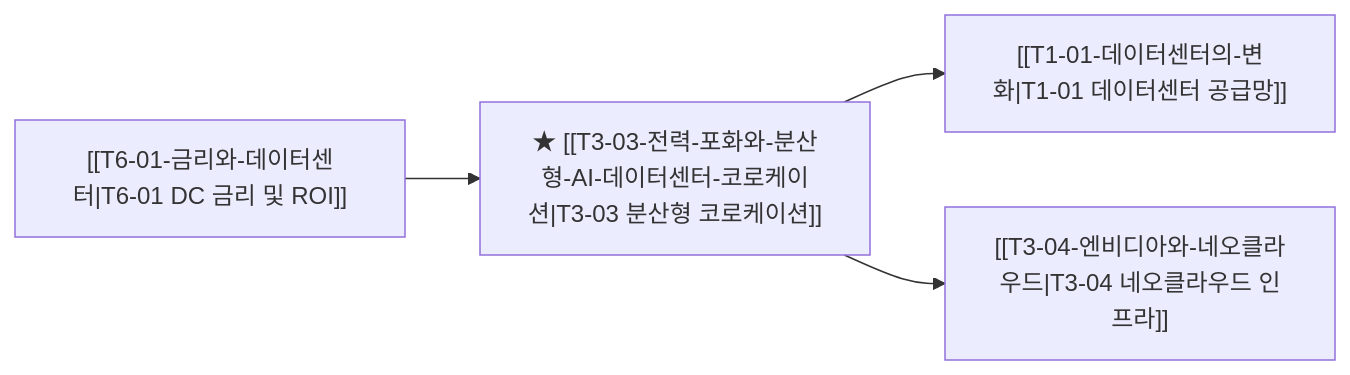
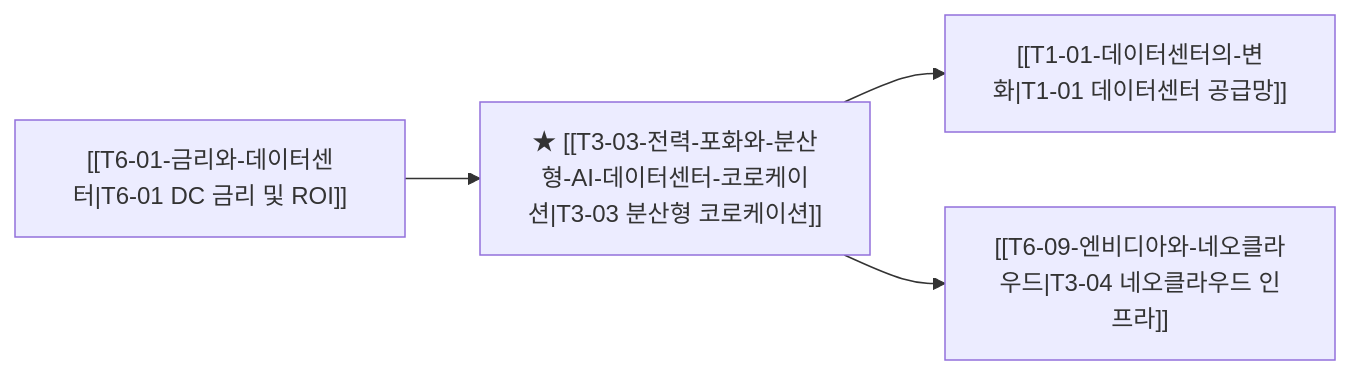
Before and after one commit to zoofighter/b_0901_Argus_pulse: the diagram in thesis/T3-03-전력-포화와-분산형-AI-데이터센터-코로케이션.md, drawn with Mermaid. The commit also changed other lines of this file and 94 other files, not shown here.

````diff
--- a/thesis/T3-03-전력-포화와-분산형-AI-데이터센터-코로케이션.md
+++ b/thesis/T3-03-전력-포화와-분산형-AI-데이터센터-코로케이션.md
@@ -58,6 +60,6 @@
 ```mermaid
 flowchart LR
     P_Cap["[[T6-01-금리와-데이터센터|T6-01 DC 금리 및 ROI]]"] --> T_Main["★ [[T3-03-전력-포화와-분산형-AI-데이터센터-코로케이션|T3-03 분산형 코로케이션]]"]
     T_Main --> D_DC["[[T1-01-데이터센터의-변화|T1-01 데이터센터 공급망]]"]
-    T_Main --> D_Neo["[[T3-04-엔비디아와-네오클라우드|T3-04 네오클라우드 인프라]]"]
+    T_Main --> D_Neo["[[T6-09-엔비디아와-네오클라우드|T3-04 네오클라우드 인프라]]"]
 ```
````
